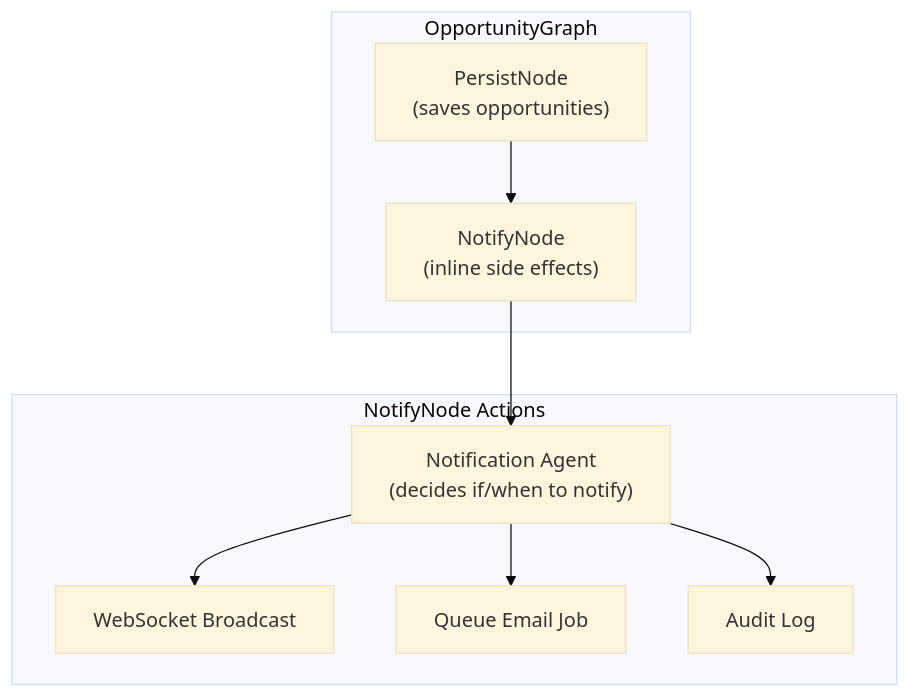
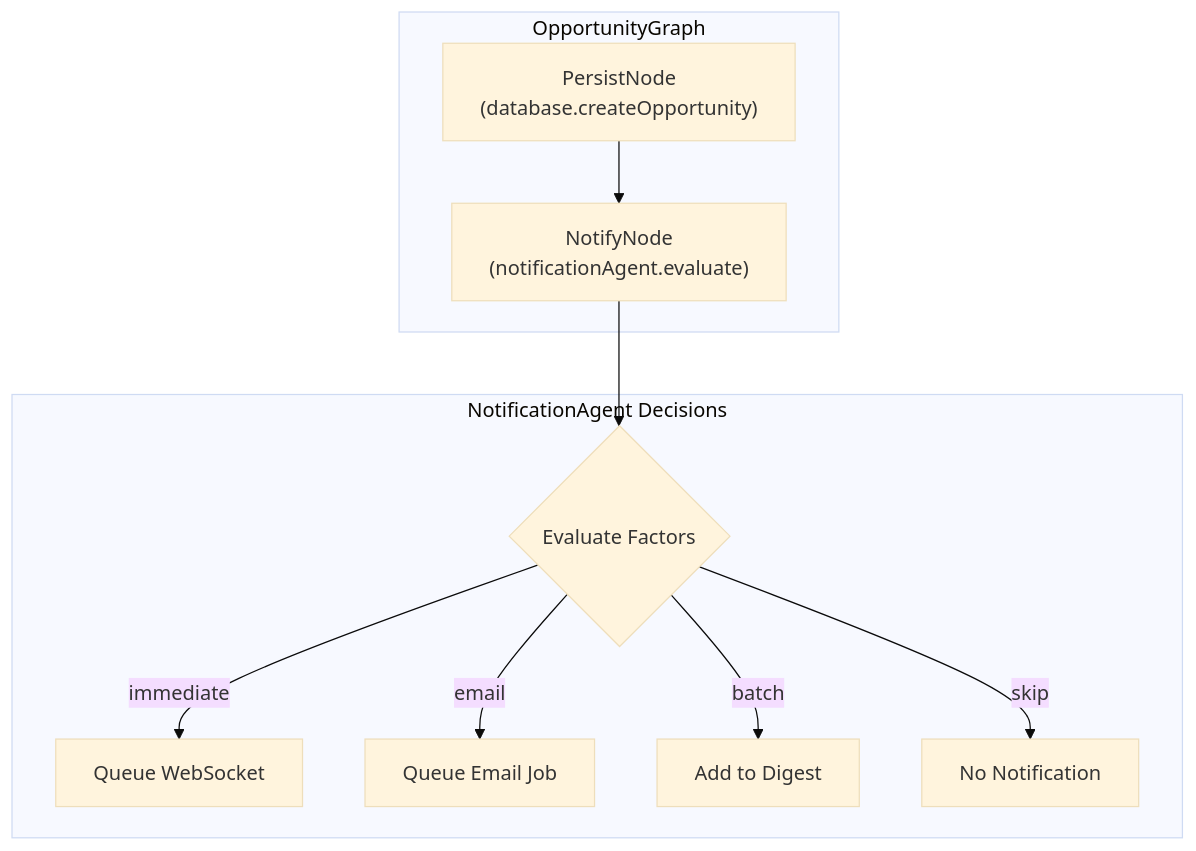
One commit to indexnetwork/claude-plugin changed the fifth of 7 diagrams in protocol/plans/opportunity-redesign-plan.md. Above: the diagram before and after it, drawn with Mermaid (base theme). The commit also changed other lines of this file, not shown here.

First line of the commit message:
docs(opportunity): refactor redesign plan to v3.0 interface-driven architecture

````diff
--- a/protocol/plans/opportunity-redesign-plan.md
+++ b/protocol/plans/opportunity-redesign-plan.md
@@ -1533,14 +2686,15 @@
 ```mermaid
 flowchart TD
     subgraph "OpportunityGraph"
-        PERSIST["PersistNode<br/>(saves opportunities)"]
-        PERSIST --> NOTIFY["NotifyNode<br/>(inline side effects)"]
+        PERSIST["PersistNode<br/>(database.createOpportunity)"]
+        PERSIST --> NOTIFY["NotifyNode<br/>(notificationAgent.evaluate)"]
     end
     
-    subgraph "NotifyNode Actions"
-        NOTIFY --> AGENT["Notification Agent<br/>(decides if/when to notify)"]
-        AGENT --> WS["WebSocket Broadcast"]
-        AGENT --> QUEUE["Queue Email Job"]
-        AGENT --> LOG["Audit Log"]
+    subgraph "NotificationAgent Decisions"
+        NOTIFY --> DECISION{"Evaluate Factors"}
+        DECISION -->|"immediate"| WS["Queue WebSocket"]
+        DECISION -->|"email"| EMAIL["Queue Email Job"]
+        DECISION -->|"batch"| BATCH["Add to Digest"]
+        DECISION -->|"skip"| SKIP["No Notification"]
     end
 ```
````
